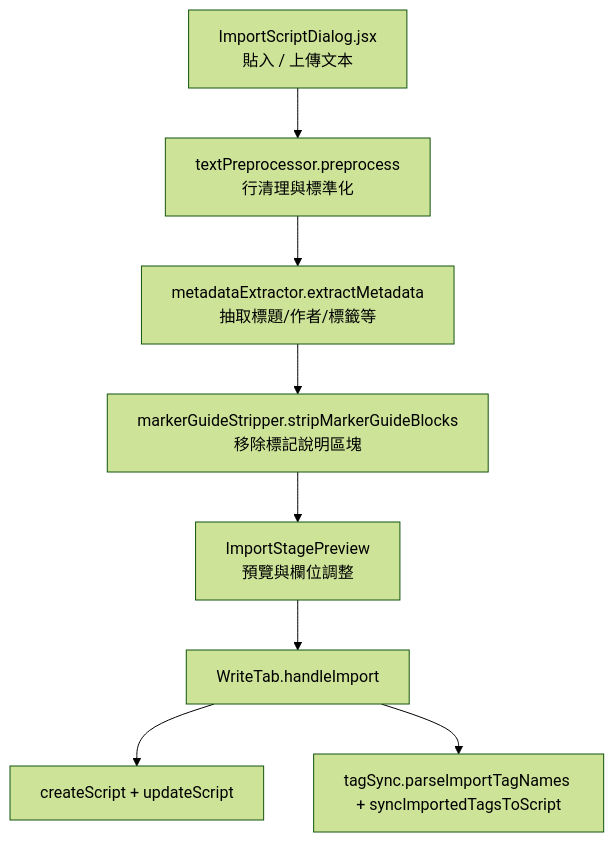
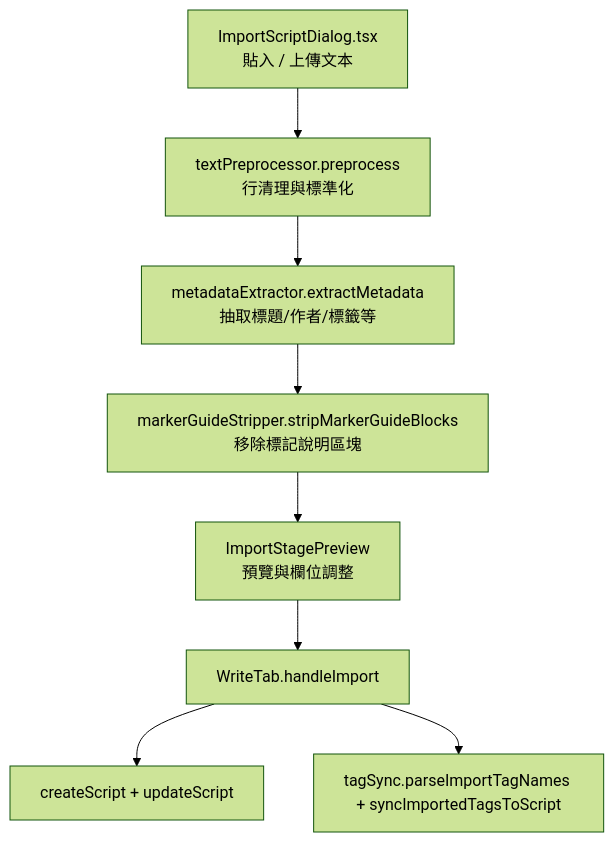
One commit to Shawn-csy/write_project changed the diagram in docs/product/script-import-pipeline.md. Above: the diagram before and after it, drawn with Mermaid (forest theme). The commit also changed other lines of this file and 34 other files, not shown here.

````diff
--- a/docs/product/script-import-pipeline.md
+++ b/docs/product/script-import-pipeline.md
@@ -7,10 +7,10 @@
 ```mermaid
 flowchart TD
-  A["ImportScriptDialog.jsx\n貼入 / 上傳文本"] --> B["textPreprocessor.preprocess\n行清理與標準化"]
+  A["ImportScriptDialog.tsx\n貼入 / 上傳文本"] --> B["textPreprocessor.preprocess\n行清理與標準化"]
   B --> C["metadataExtractor.extractMetadata\n抽取標題/作者/標籤等"]
   C --> D["markerGuideStripper.stripMarkerGuideBlocks\n移除標記說明區塊"]
   D --> E["ImportStagePreview\n預覽與欄位調整"]
   E --> F["WriteTab.handleImport"]
   F --> G["createScript + updateScript"]
   F --> H["tagSync.parseImportTagNames + syncImportedTagsToScript"]
 ```
````
